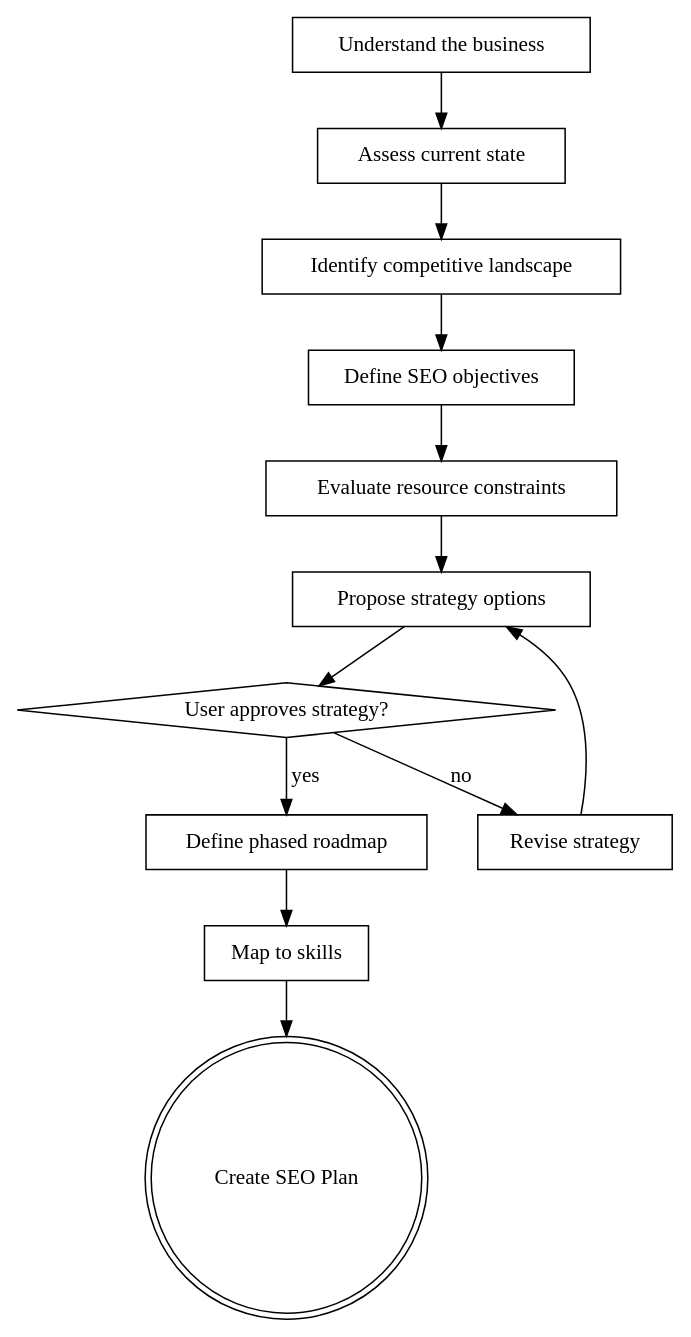
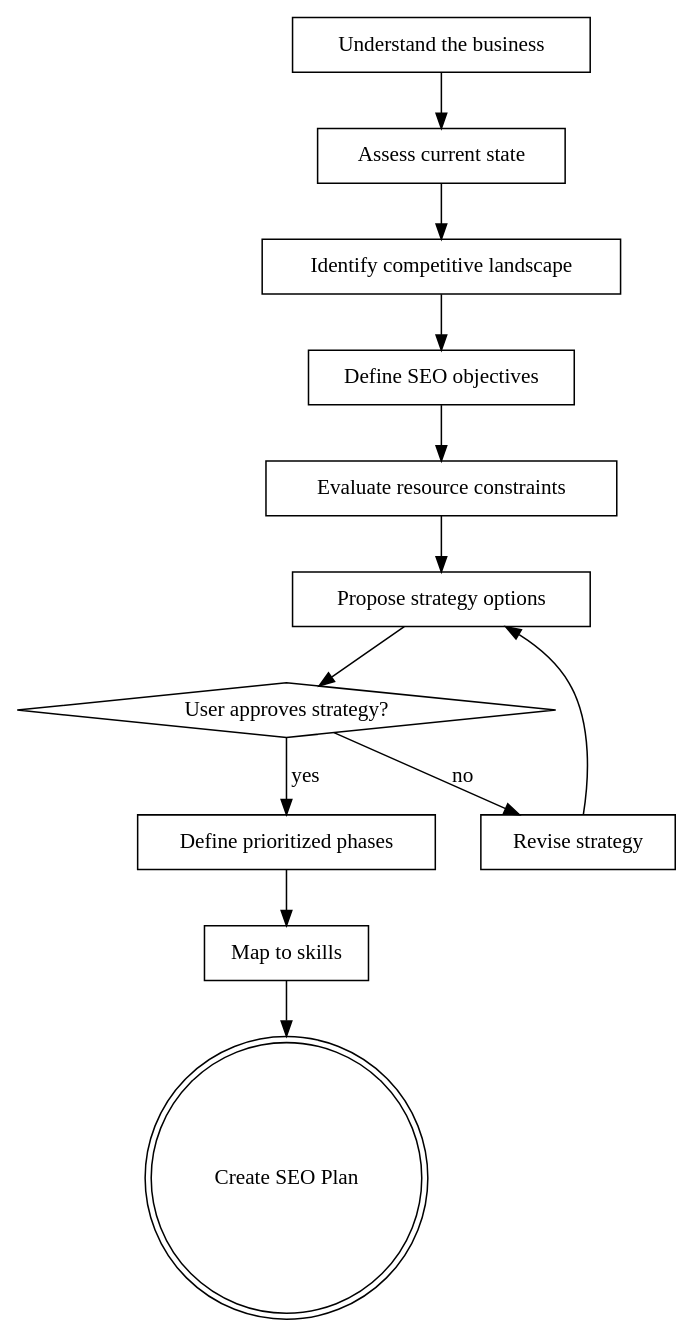
The diagram in skills/seo-brainstorming/SKILL.md (infr/seo-superpowers), drawn with Graphviz before and after one commit. The commit also changed other lines of this file and 1 other file, not shown here.

````diff
--- a/skills/seo-brainstorming/SKILL.md
+++ b/skills/seo-brainstorming/SKILL.md
@@ -43,28 +43,28 @@
 ```dot
 digraph seo_brainstorming {
     rankdir=TB;
     "Understand the business" [shape=box];
     "Assess current state" [shape=box];
     "Identify competitive landscape" [shape=box];
     "Define SEO objectives" [shape=box];
     "Evaluate resource constraints" [shape=box];
     "Propose strategy options" [shape=box];
     "User approves strategy?" [shape=diamond];
     "Revise strategy" [shape=box];
-    "Define phased roadmap" [shape=box];
+    "Define prioritized phases" [shape=box];
     "Map to skills" [shape=box];
     "Create SEO Plan" [shape=doublecircle];
 
     "Understand the business" -> "Assess current state";
     "Assess current state" -> "Identify competitive landscape";
     "Identify competitive landscape" -> "Define SEO objectives";
     "Define SEO objectives" -> "Evaluate resource constraints";
     "Evaluate resource constraints" -> "Propose strategy options";
     "Propose strategy options" -> "User approves strategy?";
     "User approves strategy?" -> "Revise strategy" [label="no"];
     "Revise strategy" -> "Propose strategy options";
-    "User approves strategy?" -> "Define phased roadmap" [label="yes"];
-    "Define phased roadmap" -> "Map to skills";
+    "User approves strategy?" -> "Define prioritized phases" [label="yes"];
+    "Define prioritized phases" -> "Map to skills";
     "Map to skills" -> "Create SEO Plan";
 }
 ```
````
